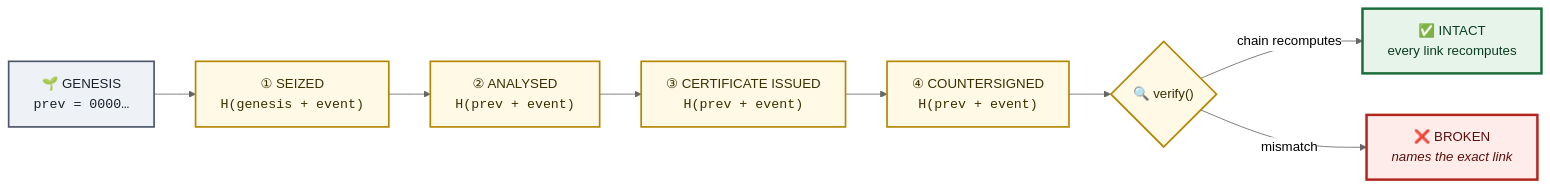
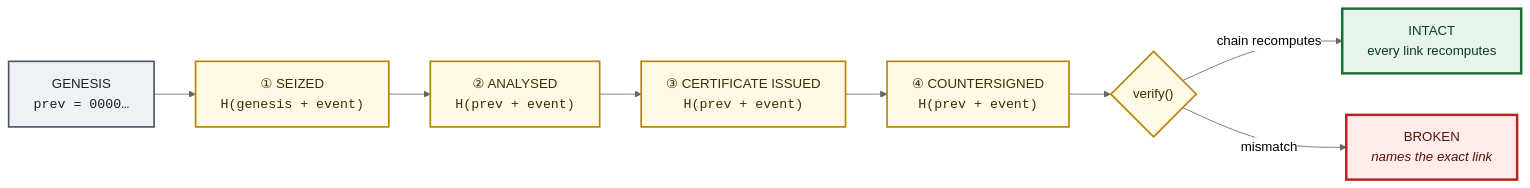
Before and after one commit to Anbu-00001/NetForensiq: the fourth of 10 diagrams in README.md, drawn with Mermaid (neutral theme). The commit also changed other lines of this file and 29 other files, not shown here.

````diff
--- a/README.md
+++ b/README.md
@@ -161,24 +188,24 @@
 ```mermaid
 graph LR
-    G["🌱 GENESIS<br/><code>prev = 0000…</code>"]
+    G["GENESIS<br/><code>prev = 0000…</code>"]
     E1["① SEIZED<br/><code>H(genesis + event)</code>"]
     E2["② ANALYSED<br/><code>H(prev + event)</code>"]
     E3["③ CERTIFICATE ISSUED<br/><code>H(prev + event)</code>"]
     E4["④ COUNTERSIGNED<br/><code>H(prev + event)</code>"]
-    V{"🔍 verify()"}
-    OK["✅ INTACT<br/>every link recomputes"]
-    BAD["❌ BROKEN<br/><i>names the exact link</i>"]
+    V{"verify()"}
+    OK["INTACT<br/>every link recomputes"]
+    BAD["BROKEN<br/><i>names the exact link</i>"]
 
     G --> E1 --> E2 --> E3 --> E4 --> V
     V -->|chain recomputes| OK
     V -->|mismatch| BAD
 
     classDef genesis fill:#EEF2F7,stroke:#4A5568,stroke-width:2px,color:#1A202C
     classDef link fill:#FFF9E6,stroke:#B38600,stroke-width:2px,color:#3D2E00
     classDef good fill:#E6F4EA,stroke:#1B6E3C,stroke-width:3px,color:#0B3D1F
     classDef bad fill:#FDECEA,stroke:#B3261E,stroke-width:3px,color:#5C0F0A
     class G genesis
     class E1,E2,E3,E4,V link
     class OK good
     class BAD bad
 ```
````
